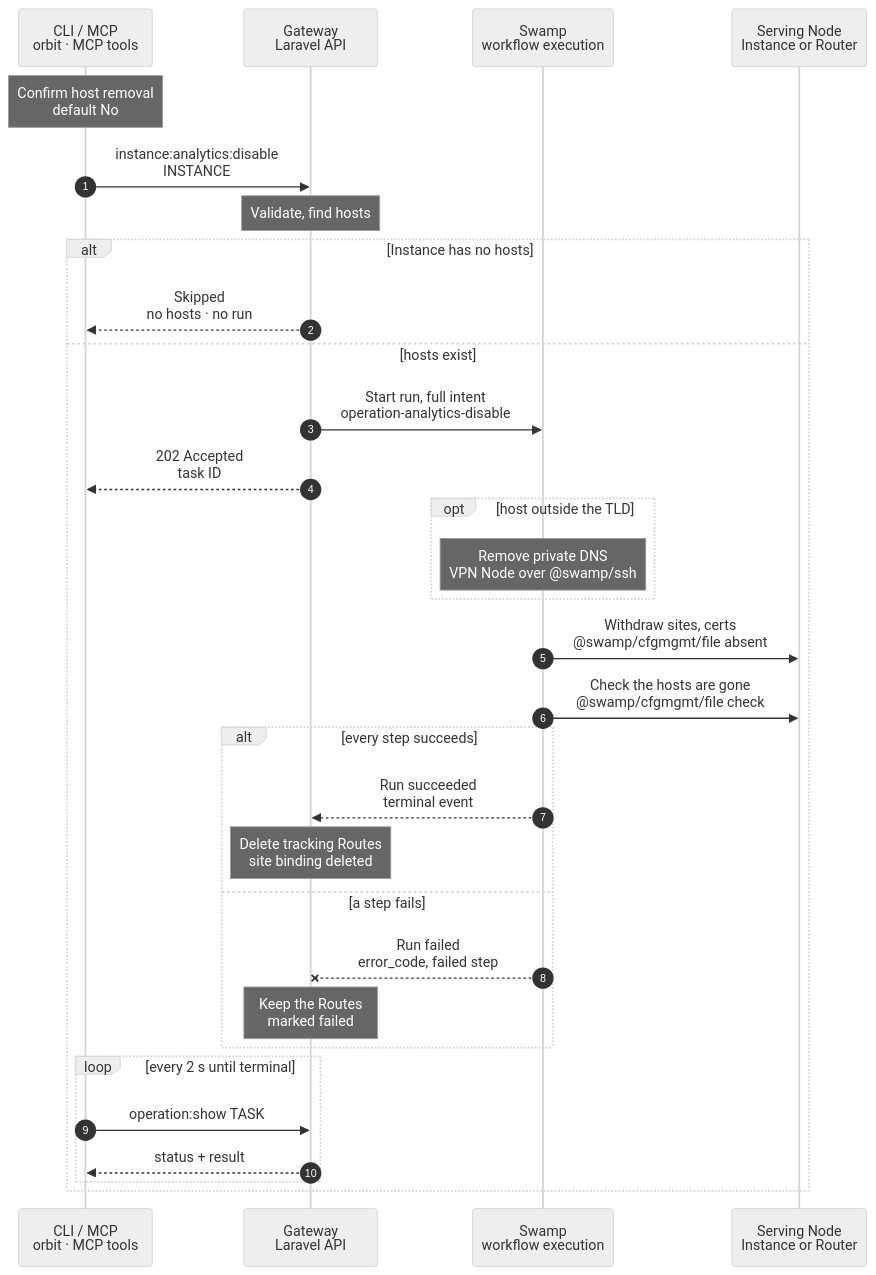
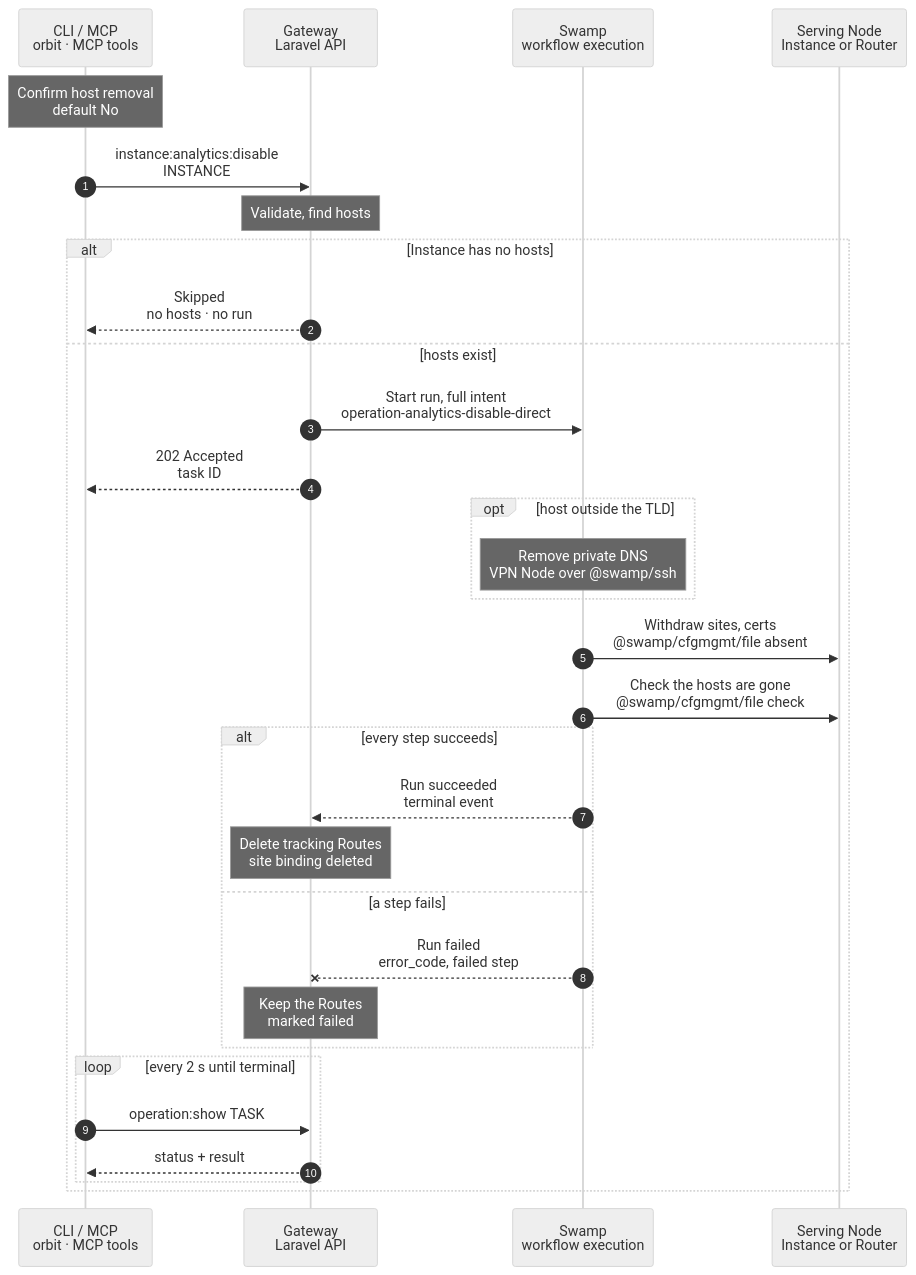
The diagram in docs/cli/instance/analytics-disable.mmd (hardimpactdev/orbit), drawn with Mermaid (neutral theme) before and after one commit. The commit also changed 56 other files, not shown here.

```diff
--- a/docs/cli/instance/analytics-disable.mmd
+++ b/docs/cli/instance/analytics-disable.mmd
@@ -1,53 +1,53 @@
 sequenceDiagram
   %% Target design: ADR 0244 task, one Swamp run; disable keeps the Plausible site. docs/reference/analytics.md#publish-a-tracking-host.
   %% status: reviewed
   %% command: instance:analytics:disable
   %% kind: analytics.disable
   autonumber
   %% lane CLI icon=terminal pill=caller tone=gray
   %% lane GW icon=gateway pill=intent tone=blue
   %% lane SW icon=workflow pill=executes tone=green
   %% lane N icon=server pill=target tone=amber
   participant CLI as CLI / MCP<br/>orbit · MCP tools
   participant GW as Gateway<br/>Laravel API
   participant SW as Swamp<br/>workflow execution
   participant N as Serving Node<br/>Instance or Router
   Note over CLI: Confirm host removal<br/>default No
   %%> Why:
   %%> - visits stop being counted as soon as the hosts are gone
   CLI->>GW: instance:analytics:disable<br/>INSTANCE
   Note over GW: Validate, find hosts
   alt Instance has no hosts
     GW-->>CLI: Skipped<br/>no hosts · no run
     %%> Result:
     %%> - the command succeeds and changes nothing
   else hosts exist
-    GW->>SW: Start run, full intent<br/>operation-analytics-disable
+    GW->>SW: Start run, full intent<br/>operation-analytics-disable-direct
     GW-->>CLI: 202 Accepted<br/>task ID
     opt host outside the TLD
       Note over SW: Remove private DNS<br/>VPN Node over @swamp/ssh
       %%> Why first:
       %%> - the name stops resolving before its site leaves
     end
     SW->>N: Withdraw sites, certs<br/>@swamp/cfgmgmt/file absent
     %%> Why one step:
     %%> - the site goes before its certificate, as `route:destroy` does; other sites stay
     SW->>N: Check the hosts are gone<br/>@swamp/cfgmgmt/file check
     alt every step succeeds
       SW-->>GW: Run succeeded<br/>terminal event
       Note over GW: Delete tracking Routes<br/>site binding deleted
       %%> Result:
       %%> - the Plausible site, its history and its goals stay; disable never calls Plausible
     else a step fails
       SW--xGW: Run failed<br/>error_code, failed step
       Note over GW: Keep the Routes<br/>marked failed
       %%> On the Nodes:
       %%> - sections already withdrawn stay withdrawn; there is no rollback
       %%> Retry:
       %%> - run the same command again; it skips what is already gone
     end
     loop every 2 s until terminal
       CLI->>GW: operation:show TASK
       GW-->>CLI: status + result
     end
   end
```
